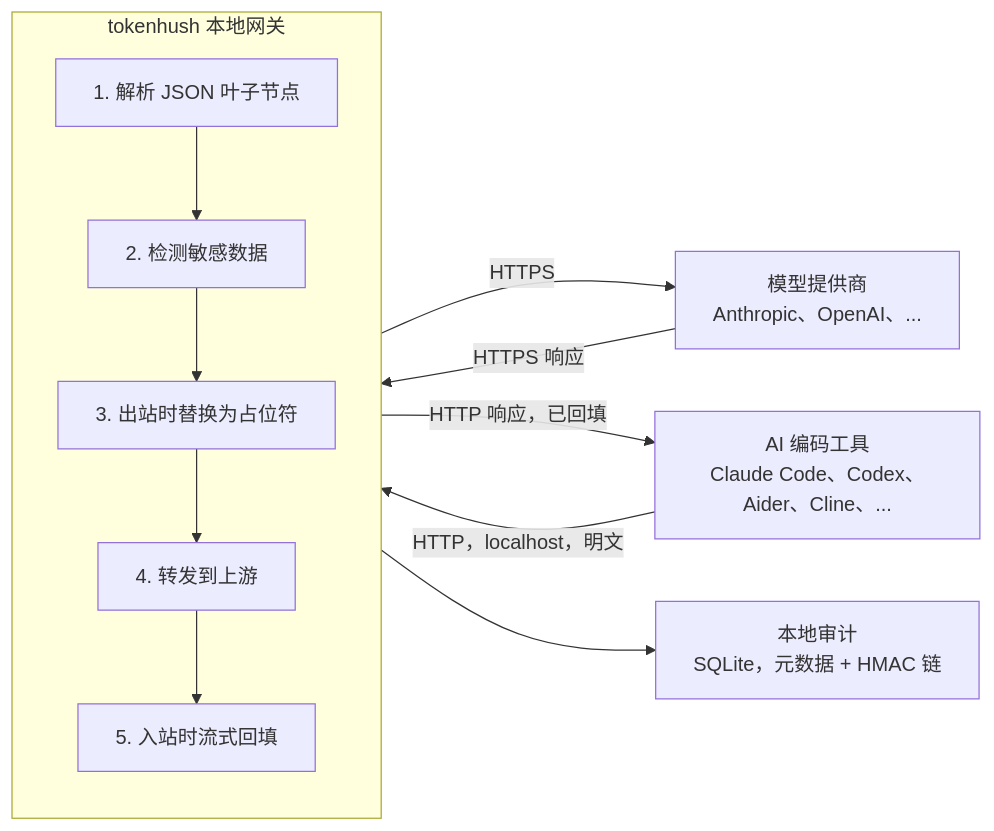
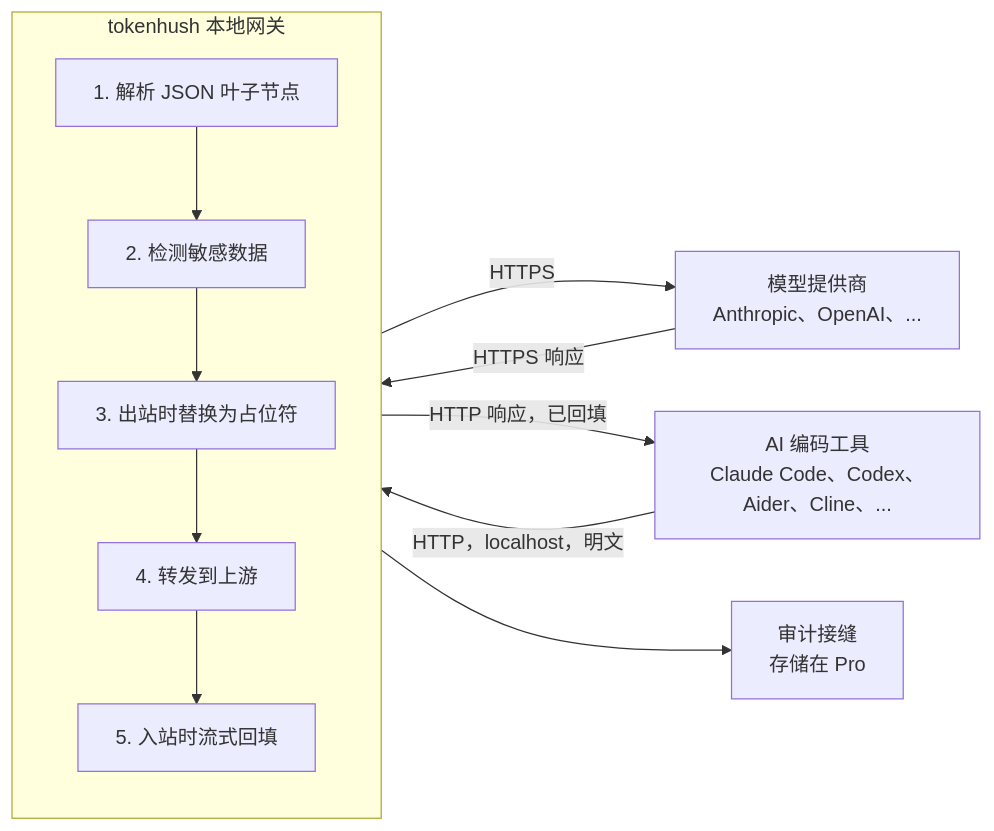
One commit to fregie/tokenhush changed the diagram in docs/architecture.zh-CN.md. Above: the diagram before and after it, drawn with Mermaid. The commit also changed other lines of this file and 24 other files, not shown here.

````diff
--- a/docs/architecture.zh-CN.md
+++ b/docs/architecture.zh-CN.md
@@ -29,22 +29,22 @@
 ```mermaid
 flowchart LR
   Tool["AI 编码工具<br/>Claude Code、Codex、Aider、Cline、..."]
   Up["模型提供商<br/>Anthropic、OpenAI、..."]
-  Store["本地审计<br/>SQLite，元数据 + HMAC 链"]
+  Store["审计接缝<br/>存储在 Pro"]
 
   subgraph GW["tokenhush 本地网关"]
     direction TB
     S1["1. 解析 JSON 叶子节点"]
     S2["2. 检测敏感数据"]
     S3["3. 出站时替换为占位符"]
     S4["4. 转发到上游"]
     S5["5. 入站时流式回填"]
     S1 --> S2 --> S3 --> S4 --> S5
   end
 
   Tool -- "HTTP，localhost，明文" --> GW
   GW -- "HTTPS" --> Up
   Up -- "HTTPS 响应" --> GW
   GW -- "HTTP 响应，已回填" --> Tool
   GW --> Store
 ```
````
